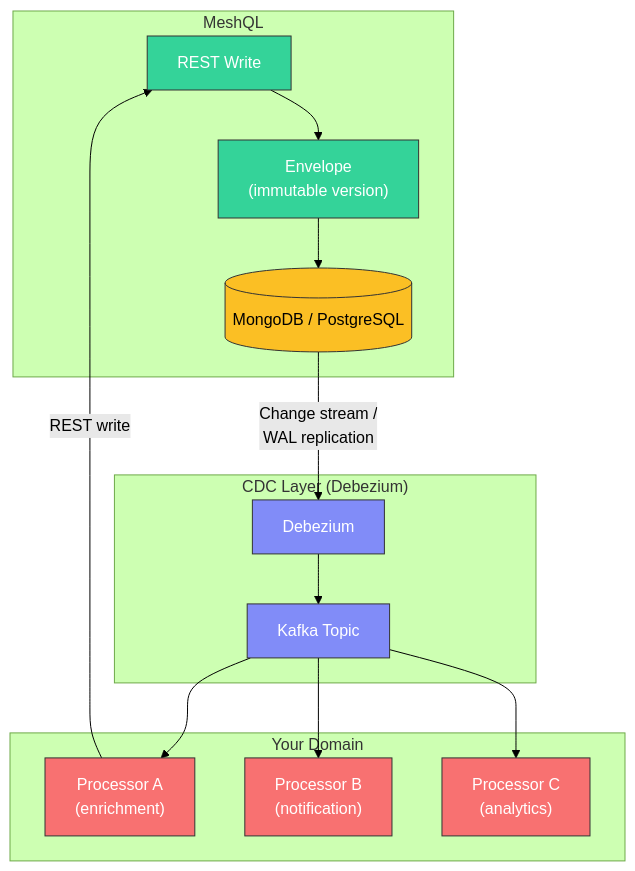
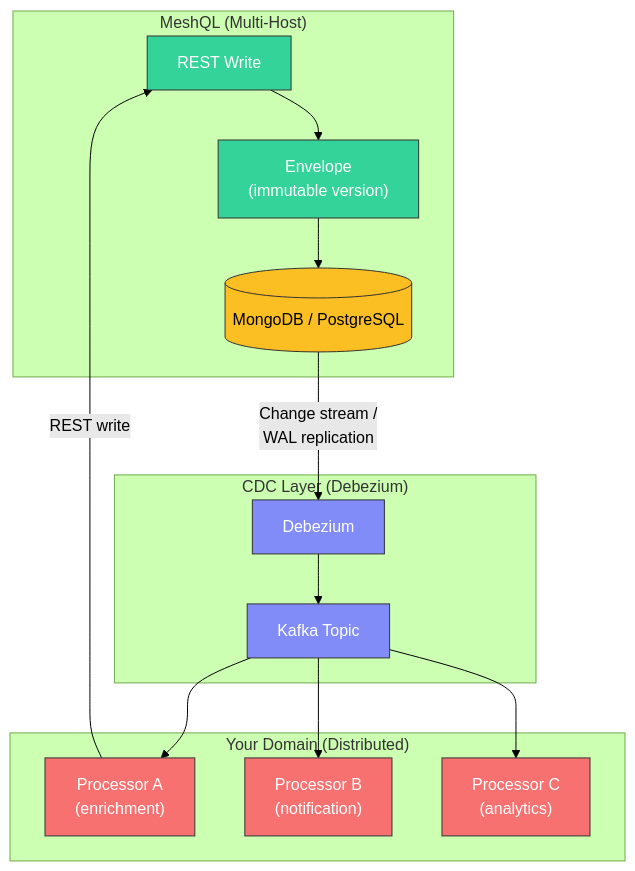
The third of 6 diagrams in docs/architecture/design-decisions.md (tsmarsh/meshql), drawn with Mermaid (forest theme) before and after one commit. The commit also changed other lines of this file and 2 other files, not shown here.

First line of the commit message:
Update architecture docs with MerkQL tier progression

````diff
--- a/docs/architecture/design-decisions.md
+++ b/docs/architecture/design-decisions.md
@@ -66,28 +98,28 @@
 ```mermaid
 graph TB
-    subgraph "MeshQL"
+    subgraph "MeshQL (Multi-Host)"
         rest["REST Write"] --> envelope["Envelope<br/>(immutable version)"]
         envelope --> db[("MongoDB / PostgreSQL")]
     end
 
     subgraph "CDC Layer (Debezium)"
         db -->|"Change stream /<br/>WAL replication"| debezium["Debezium"]
         debezium --> kafka["Kafka Topic"]
     end
 
-    subgraph "Your Domain"
+    subgraph "Your Domain (Distributed)"
         kafka --> p1["Processor A<br/>(enrichment)"]
         kafka --> p2["Processor B<br/>(notification)"]
         kafka --> p3["Processor C<br/>(analytics)"]
         p1 -->|"REST write"| rest
     end
 
     style rest fill:#34d399,stroke:#333,color:#fff
     style envelope fill:#34d399,stroke:#333,color:#fff
     style db fill:#fbbf24,stroke:#333,color:#000
     style debezium fill:#818cf8,stroke:#333,color:#fff
     style kafka fill:#818cf8,stroke:#333,color:#fff
     style p1 fill:#f87171,stroke:#333,color:#fff
     style p2 fill:#f87171,stroke:#333,color:#fff
     style p3 fill:#f87171,stroke:#333,color:#fff
 ```
````
